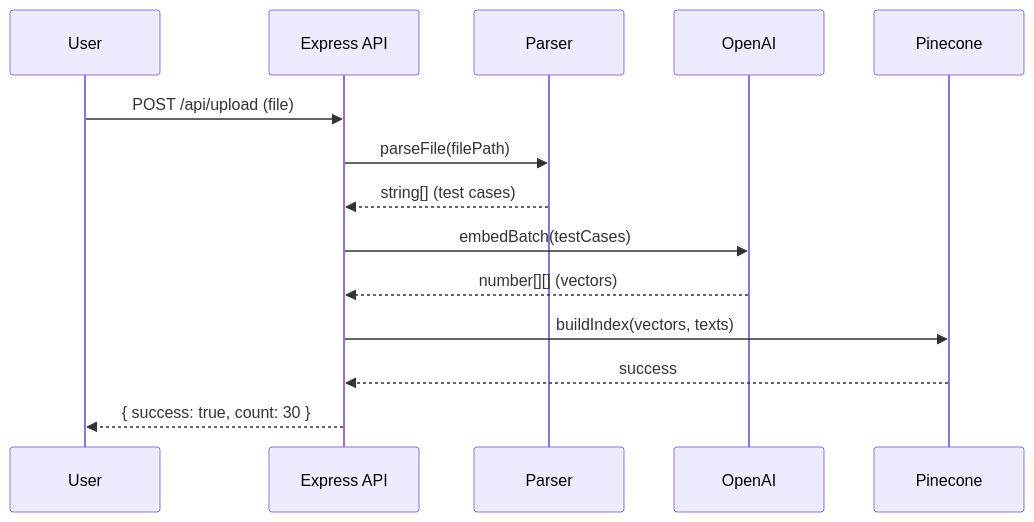
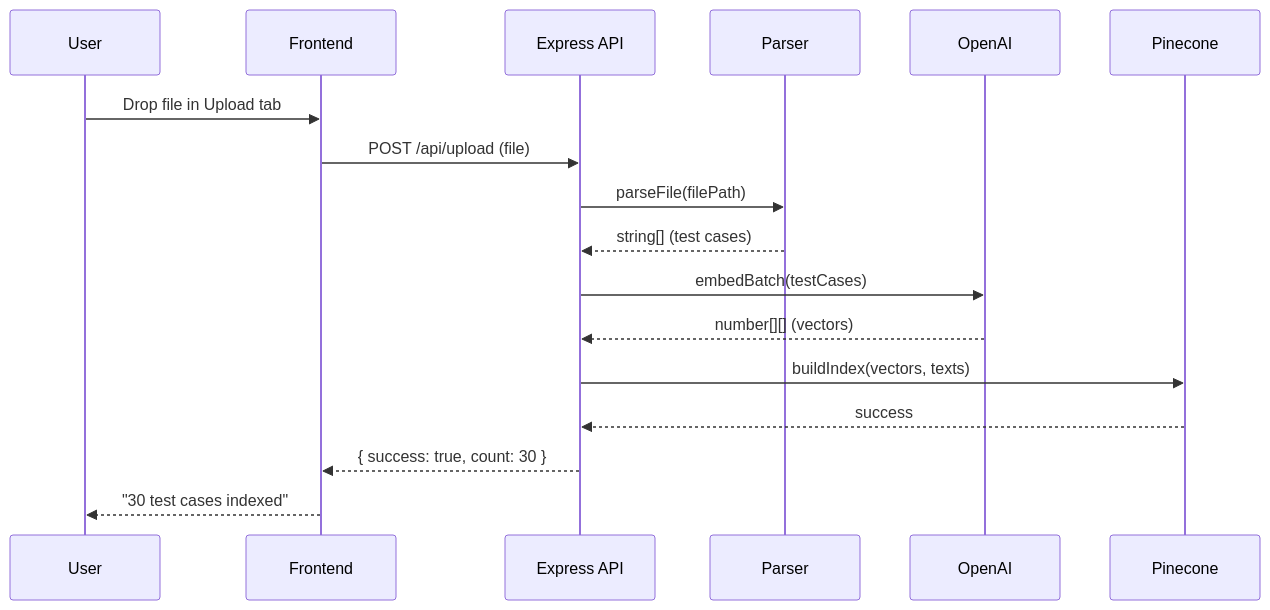
One commit to Zipstorm/test-lens changed the third of 5 diagrams in README.md. Above: the diagram before and after it, drawn with Mermaid. The commit also changed other lines of this file, not shown here.

First line of the commit message:
docs: update README with frontend architecture and setup

````diff
--- a/README.md
+++ b/README.md
@@ -46,17 +101,20 @@
 ```mermaid
 sequenceDiagram
     participant User
+    participant Frontend
     participant API as Express API
     participant Parser
     participant OpenAI
     participant Pinecone
 
-    User->>API: POST /api/upload (file)
+    User->>Frontend: Drop file in Upload tab
+    Frontend->>API: POST /api/upload (file)
     API->>Parser: parseFile(filePath)
     Parser-->>API: string[] (test cases)
     API->>OpenAI: embedBatch(testCases)
     OpenAI-->>API: number[][] (vectors)
     API->>Pinecone: buildIndex(vectors, texts)
     Pinecone-->>API: success
-    API-->>User: { success: true, count: 30 }
+    API-->>Frontend: { success: true, count: 30 }
+    Frontend-->>User: "30 test cases indexed"
 ```
````
